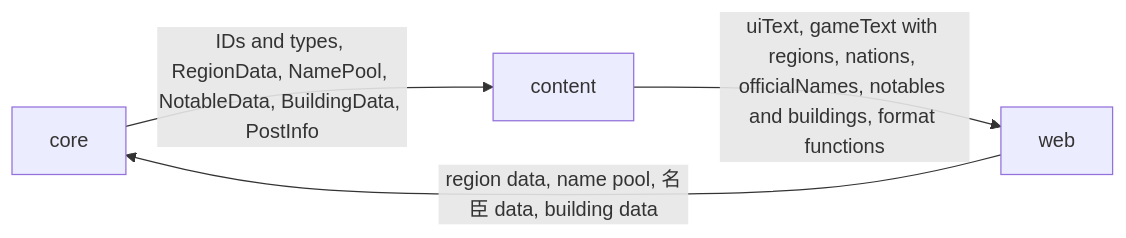
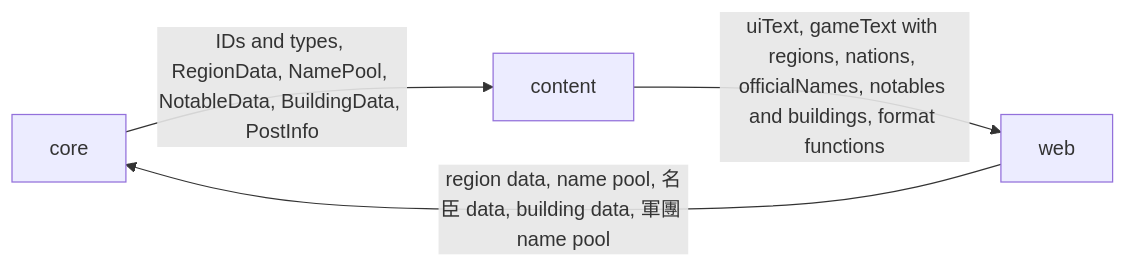
The diagram in packages/content/ARCHITECTURE.md (dcheng1248/agent-harness-test), drawn with Mermaid before and after one commit. The commit also changed other lines of this file and 10 other files, not shown here.

````diff
--- a/packages/content/ARCHITECTURE.md
+++ b/packages/content/ARCHITECTURE.md
@@ -9,6 +9,6 @@
 ```mermaid
 flowchart LR
   core -->|IDs and types, RegionData, NamePool, NotableData, BuildingData, PostInfo| content
   content -->|uiText, gameText with regions, nations, officialNames, notables and buildings, format functions| web
-  web -->|region data, name pool, 名臣 data, building data| core
+  web -->|region data, name pool, 名臣 data, building data, 軍團 name pool| core
 ```
````
